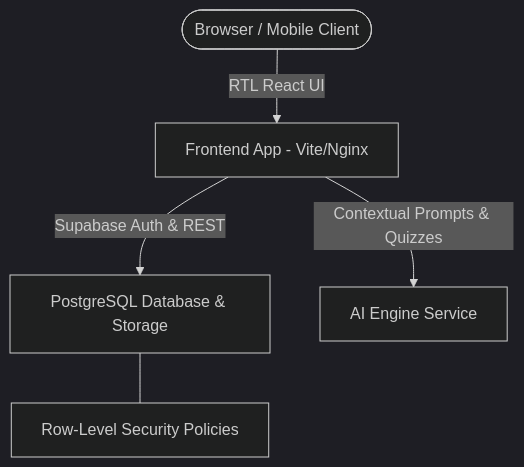
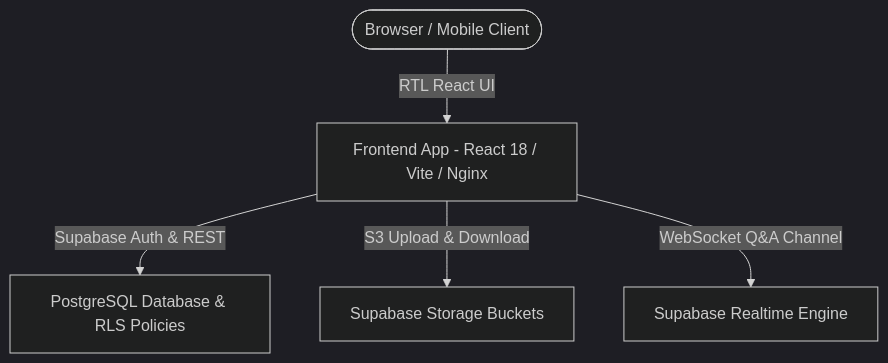
One commit to ta3allam/ta3 changed the diagram in README.md. Above: the diagram before and after it, drawn with Mermaid (dark theme). The commit also changed other lines of this file and 2 other files, not shown here.

````diff
--- a/README.md
+++ b/README.md
@@ -11,7 +11,7 @@
 ```mermaid
 graph TD
-    User([Browser / Mobile Client]) -->|RTL React UI| FE[Frontend App - Vite/Nginx]
-    FE -->|Supabase Auth & REST| BE[PostgreSQL Database & Storage]
-    FE -->|Contextual Prompts & Quizzes| AI[AI Engine Service]
-    BE --- RLS[Row-Level Security Policies]
+    User([Browser / Mobile Client]) -->|RTL React UI| FE[Frontend App - React 18 / Vite / Nginx]
+    FE -->|Supabase Auth & REST| BE[PostgreSQL Database & RLS Policies]
+    FE -->|S3 Upload & Download| ST[Supabase Storage Buckets]
+    FE -->|WebSocket Q&A Channel| RT[Supabase Realtime Engine]
 ```
````
